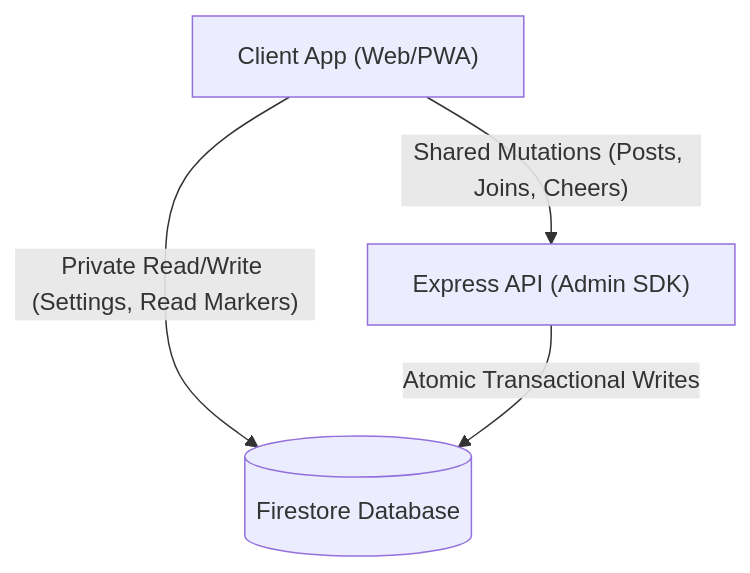
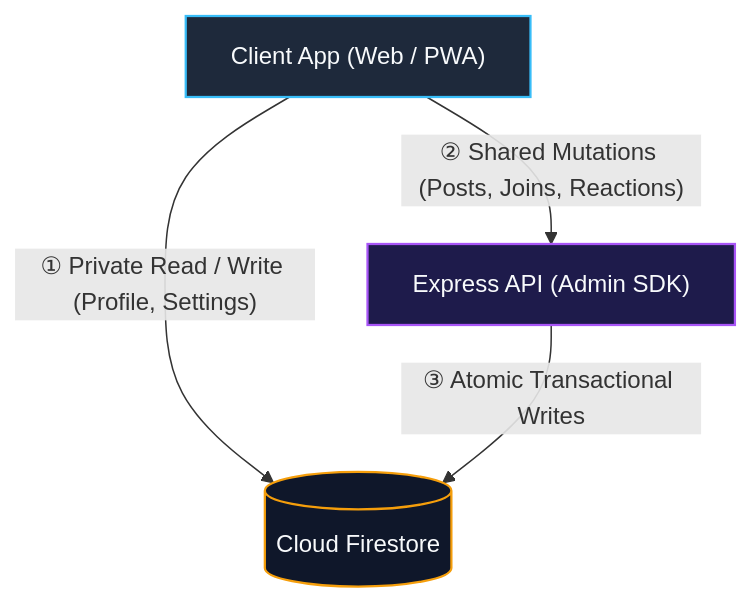
Before and after one commit to ScriptureHabit/scripture-habit: the diagram in docs/firebase-security-rules.md, drawn with Mermaid. The commit also changed other lines of this file and 57 other files, not shown here.

Commit message:
docs: refine documentation prose and add structured diagram breakdowns across JA and EN

````diff
--- a/docs/firebase-security-rules.md
+++ b/docs/firebase-security-rules.md
@@ -58,10 +58,14 @@
 ```mermaid
 flowchart TD
-    Client["Client App (Web/PWA)"]
-    API["Express API (Admin SDK)"]
-    DB[("Firestore Database")]
+    classDef client fill:#1e293b,stroke:#38bdf8,stroke-width:1.5px,color:#f8fafc;
+    classDef server fill:#1e1b4b,stroke:#a855f7,stroke-width:1.5px,color:#f8fafc;
+    classDef db fill:#0f172a,stroke:#f59e0b,stroke-width:1.5px,color:#f8fafc;
 
-    Client -- "Private Read/Write (Settings, Read Markers)" --> DB
-    Client -- "Shared Mutations (Posts, Joins, Cheers)" --> API
-    API -- "Atomic Transactional Writes" --> DB
+    Client["Client App (Web / PWA)"]:::client
+    API["Express API (Admin SDK)"]:::server
+    DB[("Cloud Firestore")]:::db
+
+    Client -- "① Private Read / Write (Profile, Settings)" --> DB
+    Client -- "② Shared Mutations (Posts, Joins, Reactions)" --> API
+    API -- "③ Atomic Transactional Writes" --> DB
 ```
````
